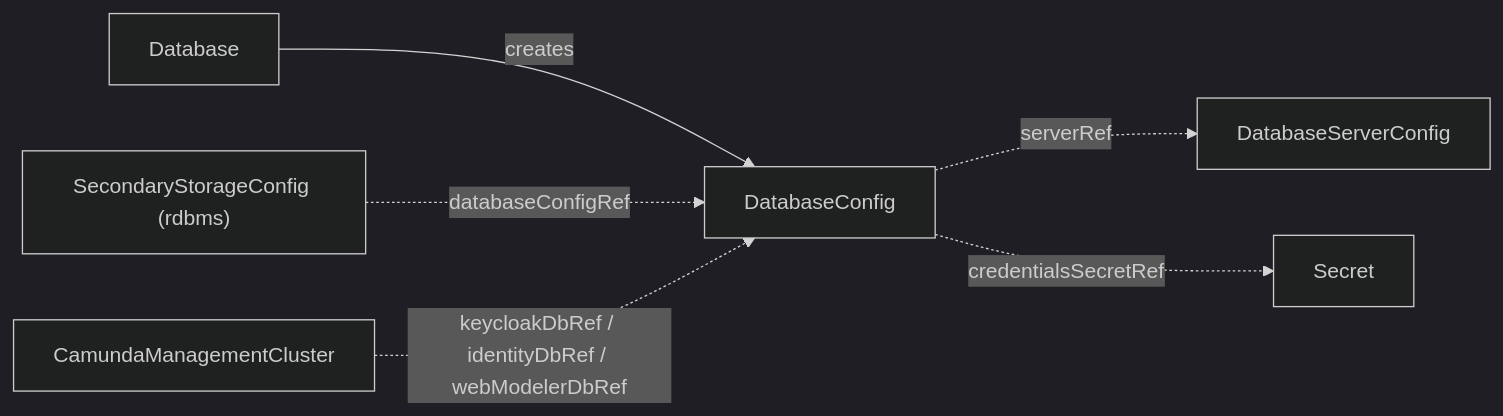
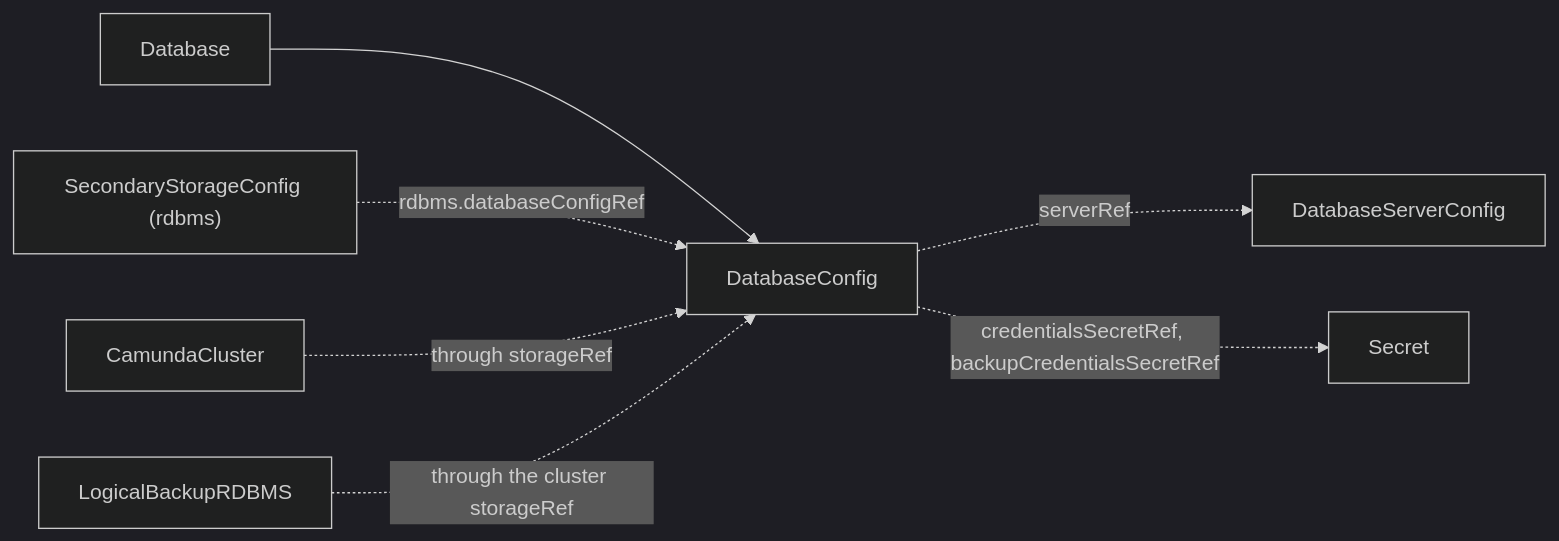
The diagram in docs/crds/databaseconfig.md (konsole-is/camunda-operator), drawn with Mermaid (dark theme) before and after one commit. The commit also changed other lines of this file and 30 other files, not shown here.

````diff
--- a/docs/crds/databaseconfig.md
+++ b/docs/crds/databaseconfig.md
@@ -33,8 +23,9 @@
 ```mermaid
 graph LR
-    DB[Database] -->|creates| DBC[DatabaseConfig]
+    DB[Database] --> DBC[DatabaseConfig]
     DBC -.->|serverRef| DBSC[DatabaseServerConfig]
-    DBC -.->|credentialsSecretRef| SEC[Secret]
-    SSC["SecondaryStorageConfig (rdbms)"] -.->|databaseConfigRef| DBC
-    CMC[CamundaManagementCluster] -.->|"keycloakDbRef / identityDbRef / webModelerDbRef"| DBC
+    DBC -.->|credentialsSecretRef, backupCredentialsSecretRef| SEC[Secret]
+    SSC["SecondaryStorageConfig (rdbms)"] -.->|rdbms.databaseConfigRef| DBC
+    CC[CamundaCluster] -.->|through storageRef| DBC
+    LBR[LogicalBackupRDBMS] -.->|through the cluster storageRef| DBC
 ```
````
